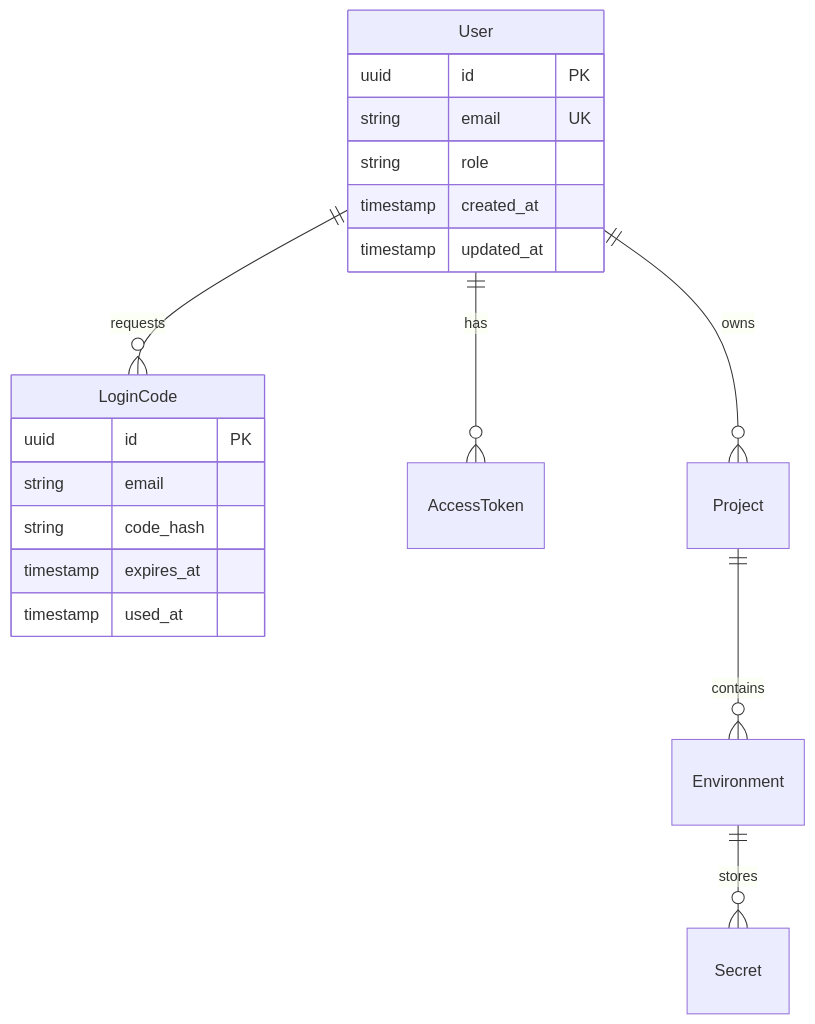
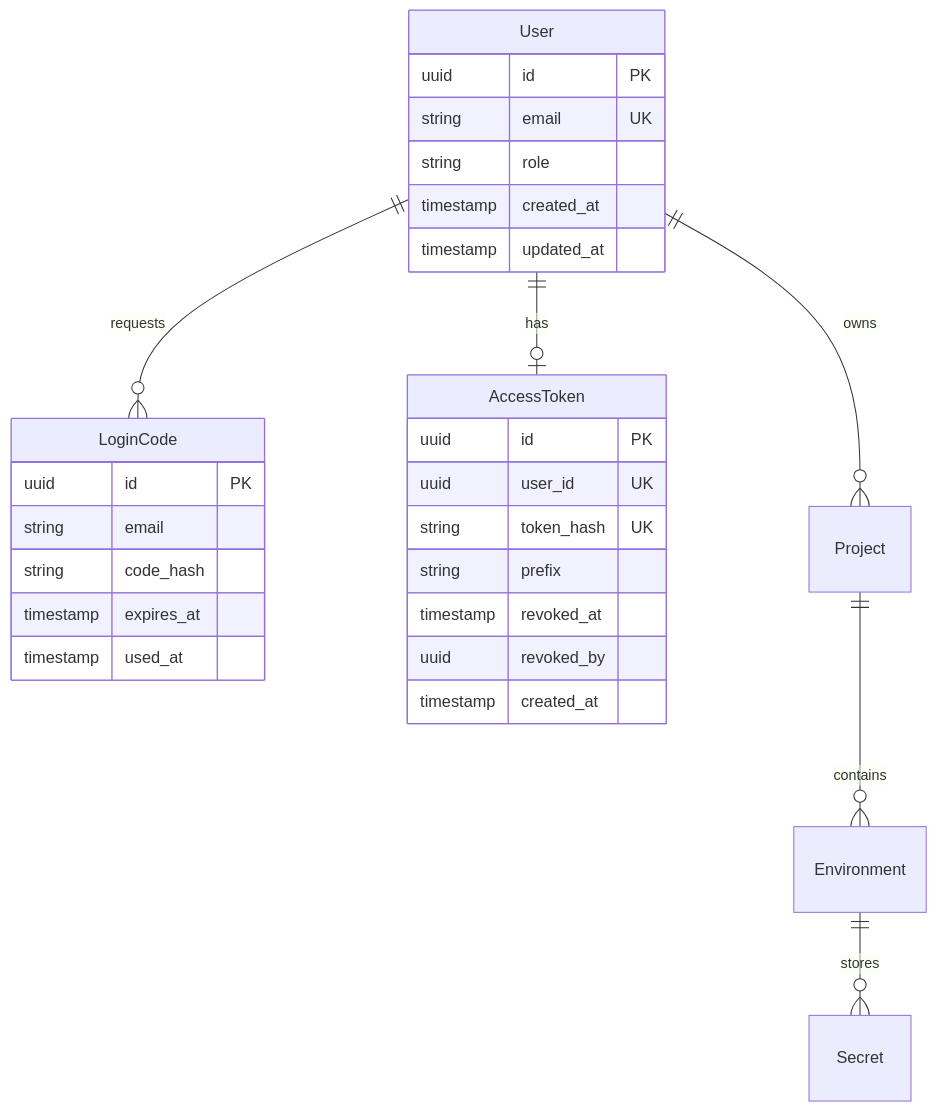
Before and after one commit to vmarinho22/envm-vault: the second of 2 diagrams in docs/architecture.md, drawn with Mermaid. The commit also changed other lines of this file and 74 other files, not shown here.

Commit message:
feat: enhance API with unique API key per user, onboarding UI, and token management features

````diff
--- a/docs/architecture.md
+++ b/docs/architecture.md
@@ -100,24 +109,34 @@
 ```mermaid
 erDiagram
   User ||--o{ LoginCode : requests
-  User ||--o{ AccessToken : has
+  User ||--o| AccessToken : has
   User ||--o{ Project : owns
   Project ||--o{ Environment : contains
   Environment ||--o{ Secret : stores
 
   User {
     uuid id PK
     string email UK
     string role
     timestamp created_at
     timestamp updated_at
   }
 
   LoginCode {
     uuid id PK
     string email
     string code_hash
     timestamp expires_at
     timestamp used_at
   }
+
+  AccessToken {
+    uuid id PK
+    uuid user_id UK
+    string token_hash UK
+    string prefix
+    timestamp revoked_at
+    uuid revoked_by
+    timestamp created_at
+  }
 ```
````
